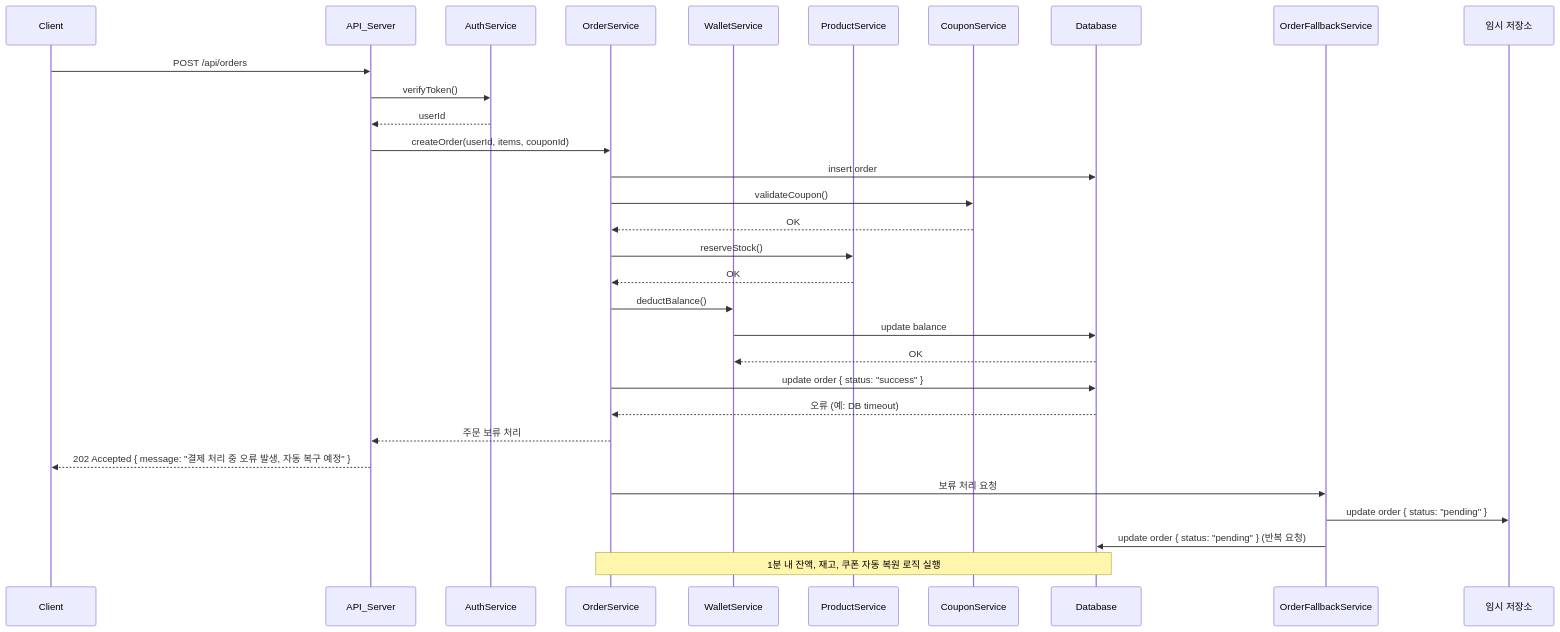
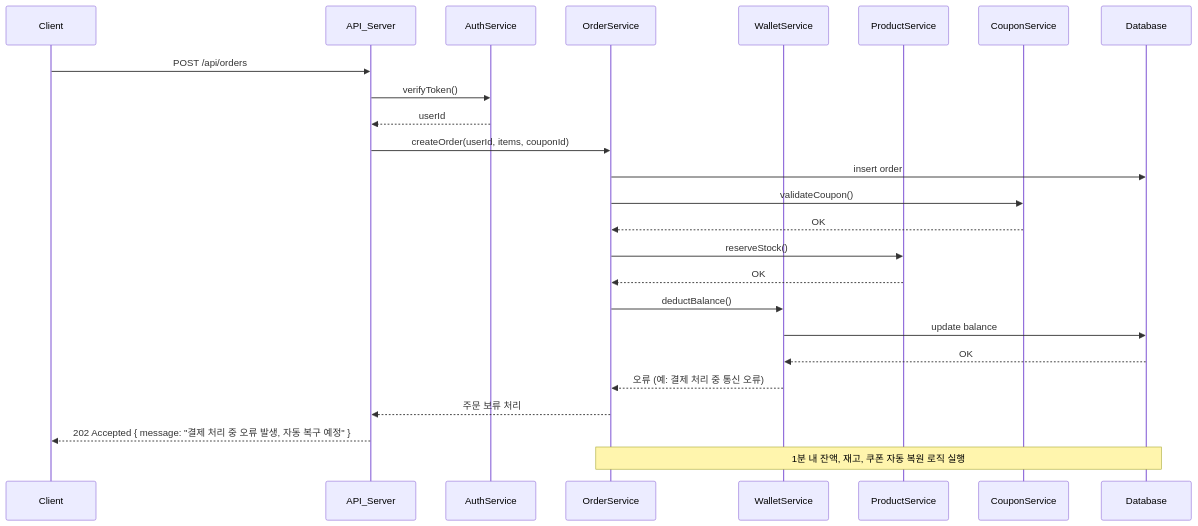
One commit to seho0808/hh-9-be-2 changed the fifth of 5 diagrams in docs/04-sequence-diagrams/04-order.md. Above: the diagram before and after it, drawn with Mermaid.

Commit message:
docs(sequence): 4-5 더 현실적인 오류로 변경
- db timeout => 결제 처리 중 통신 오류

````diff
--- a/docs/04-sequence-diagrams/04-order.md
+++ b/docs/04-sequence-diagrams/04-order.md
@@ -181,45 +181,39 @@
 ```mermaid
 sequenceDiagram
     participant Client
     participant API_Server
     participant AuthService
     participant OrderService
     participant WalletService
     participant ProductService
     participant CouponService
     participant Database
 
     Client->>API_Server: POST /api/orders
     API_Server->>AuthService: verifyToken()
     AuthService-->>API_Server: userId
 
     API_Server->>OrderService: createOrder(userId, items, couponId)
 
     OrderService->>Database: insert order
 
     OrderService->>CouponService: validateCoupon()
     CouponService-->>OrderService: OK
 
     OrderService->>ProductService: reserveStock()
     ProductService-->>OrderService: OK
 
     OrderService->>WalletService: deductBalance()
     WalletService->>Database: update balance
     Database-->>WalletService: OK
 
-    %% 주문 저장 중 장애 발생
-    OrderService->>Database: update order { status: "success" }
-    Database-->>OrderService: 오류 (예: DB timeout)
+    %% 결제 처리 중 통신 오류 발생
+    WalletService-->>OrderService: 오류 (예: 결제 처리 중 통신 오류)
 
     %% 보류 처리
     OrderService-->>API_Server: 주문 보류 처리
     API_Server-->>Client: 202 Accepted { message: "결제 처리 중 오류 발생, 자동 복구 예정" }
 
-    %% 보류 처리
-    OrderService->>OrderFallbackService: 보류 처리 요청
-    OrderFallbackService->>임시 저장소: update order { status: "pending" }
-    OrderFallbackService->>Database: update order { status: "pending" } (반복 요청)
-
 
     Note over OrderService, Database: 1분 내 잔액, 재고, 쿠폰 자동 복원 로직 실행
 ```
````
